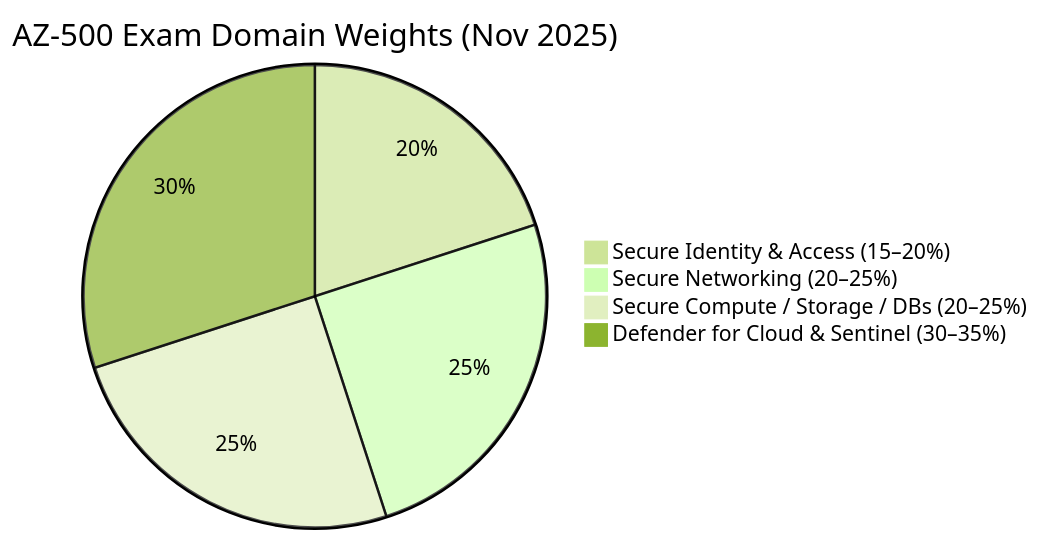
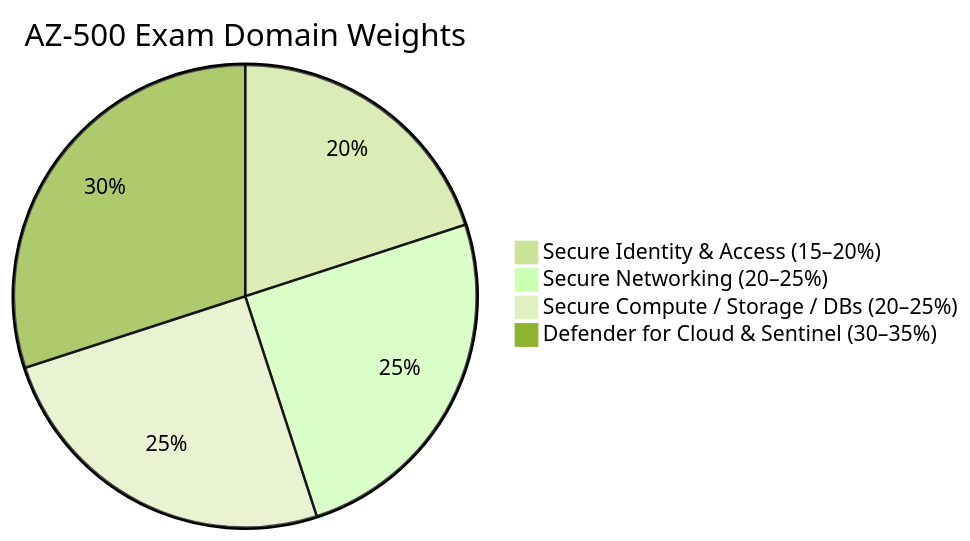
One commit to marcogrimaldi29/az-500-study-notes changed the diagram in index.md. Above: the diagram before and after it, drawn with Mermaid (forest theme). The commit also changed 2 other files, not shown here.

Commit message:
Update README content, links and SCSS tweak
Refresh documentation and minor styling changes: update notes version, exam price and duration, remove recommended prerequisite line, simplify pie chart titles in README and index, add site features and contact/callout copy, change author section to "About the Author", and add target="_blank" to external links for safer outbound navigation. Also remove unused $nav-width variable from az500 color scheme SCSS. These edits refresh site copy and external link behavior and perform a small style cleanup.

````diff
--- a/index.md
+++ b/index.md
@@ -30,7 +30,7 @@
 ```mermaid
-pie title AZ-500 Exam Domain Weights (Nov 2025)
+pie title AZ-500 Exam Domain Weights
     "Secure Identity & Access (15–20%)" : 20
     "Secure Networking (20–25%)" : 25
     "Secure Compute / Storage / DBs (20–25%)" : 25
     "Defender for Cloud & Sentinel (30–35%)" : 30
 ```
````
